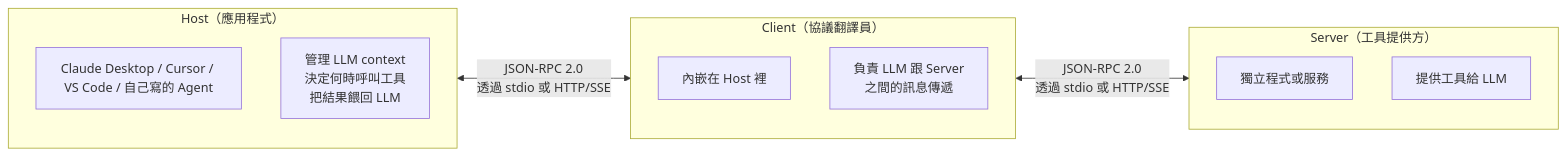
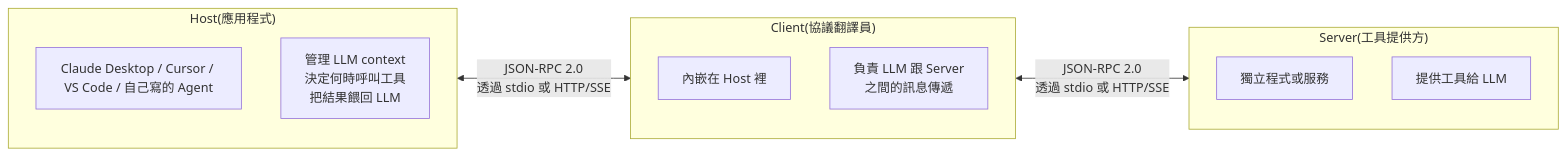
Before and after one commit to deadline314/Lesson3-AI-Tools: diagram 25 of 47 in Guide.md, drawn with Mermaid. The commit also changed other lines of this file and 25 other files, not shown here.

````diff
--- a/Guide.md
+++ b/Guide.md
@@ -913,23 +1221,23 @@
 ```mermaid
 flowchart LR
-    subgraph Host["Host（應用程式）"]
+    subgraph Host["Host(應用程式)"]
         direction TB
         H1["Claude Desktop / Cursor / VS Code / 自己寫的 Agent"]
         H2["管理 LLM context<br/>決定何時呼叫工具<br/>把結果餵回 LLM"]
     end
     
-    subgraph Client["Client（協議翻譯員）"]
+    subgraph Client["Client(協議翻譯員)"]
         direction TB
         C1["內嵌在 Host 裡"]
         C2["負責 LLM 跟 Server<br/>之間的訊息傳遞"]
     end
     
-    subgraph Server["Server（工具提供方）"]
+    subgraph Server["Server(工具提供方)"]
         direction TB
         S1["獨立程式或服務"]
         S2["提供工具給 LLM"]
     end
     
     Host <-->|"JSON-RPC 2.0<br/>透過 stdio 或 HTTP/SSE"| Client
     Client <-->|"JSON-RPC 2.0<br/>透過 stdio 或 HTTP/SSE"| Server
 ```
````
